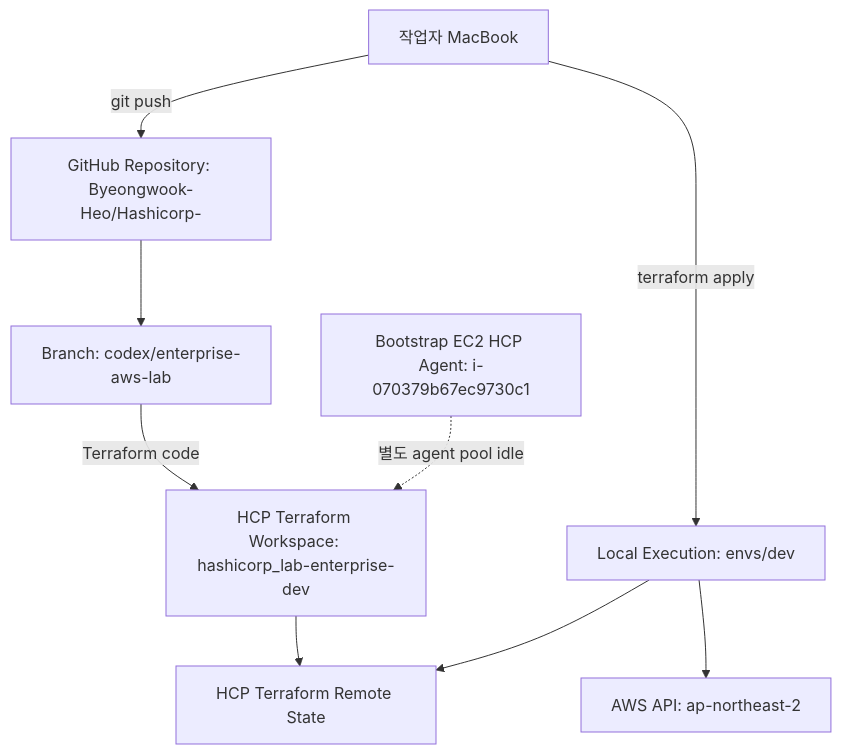
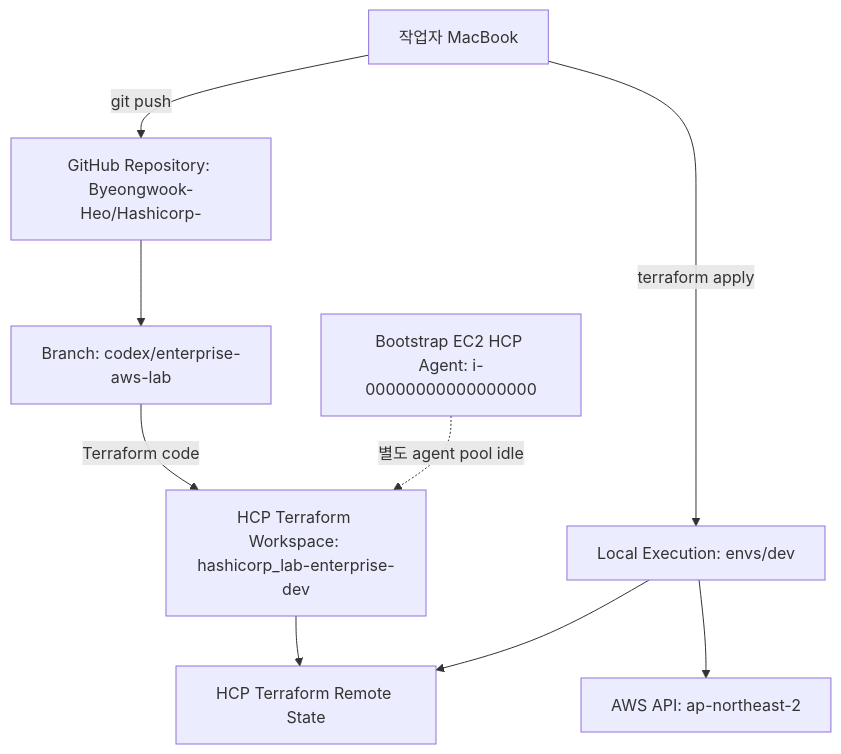
The first of 6 diagrams in docs/architecture.md (Byeongwook-Heo/Hashicorp-), drawn with Mermaid before and after one commit. The commit also changed other lines of this file and 20 other files, not shown here.

````diff
--- a/docs/architecture.md
+++ b/docs/architecture.md
@@ -7,20 +9,20 @@
 ```mermaid
 flowchart TB
   DEV["작업자 MacBook"]
   GH["GitHub Repository: Byeongwook-Heo/Hashicorp-"]
   BR["Branch: codex/enterprise-aws-lab"]
   HCP["HCP Terraform Workspace: hashicorp_lab-enterprise-dev"]
   STATE["HCP Terraform Remote State"]
   LOCAL["Local Execution: envs/dev"]
   AWSAPI["AWS API: ap-northeast-2"]
-  AGENT["Bootstrap EC2 HCP Agent: i-070379b67ec9730c1"]
+  AGENT["Bootstrap EC2 HCP Agent: i-00000000000000000"]
 
   DEV -->|"git push"| GH
   GH --> BR
   BR -->|"Terraform code"| HCP
   HCP --> STATE
   DEV -->|"terraform apply"| LOCAL
   LOCAL --> STATE
   LOCAL --> AWSAPI
   AGENT -. "별도 agent pool idle" .-> HCP
 ```
````
